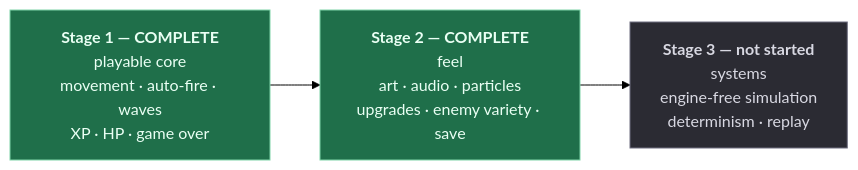
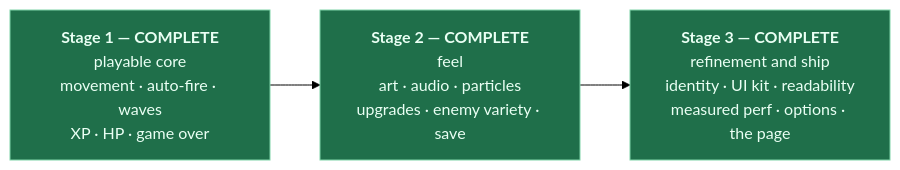
One commit to s3nsh1-dev/2d-brick-game changed the diagram in docs/STATUS.md. Above: the diagram before and after it, drawn with Mermaid (forest theme). The commit also changed other lines of this file and 20 other files, not shown here.

````diff
--- a/docs/STATUS.md
+++ b/docs/STATUS.md
@@ -88,10 +105,10 @@
 ```mermaid
 flowchart LR
     S1["<b>Stage 1 — COMPLETE</b><br/>playable core<br/>movement · auto-fire · waves<br/>XP · HP · game over"]
     S2["<b>Stage 2 — COMPLETE</b><br/>feel<br/>art · audio · particles<br/>upgrades · enemy variety · save"]
-    S3["<b>Stage 3 — not started</b><br/>systems<br/>engine-free simulation<br/>determinism · replay"]
+    S3["<b>Stage 3 — COMPLETE</b><br/>refinement and ship<br/>identity · UI kit · readability<br/>measured perf · options · the page"]
     S1 --> S2 --> S3
     style S1 fill:#1f6f4a,stroke:#7fd4a8,color:#eafff4
     style S2 fill:#1f6f4a,stroke:#7fd4a8,color:#eafff4
-    style S3 fill:#2b2b33,stroke:#6f6f80,color:#d8d8e2
+    style S3 fill:#1f6f4a,stroke:#7fd4a8,color:#eafff4
 ```
````
